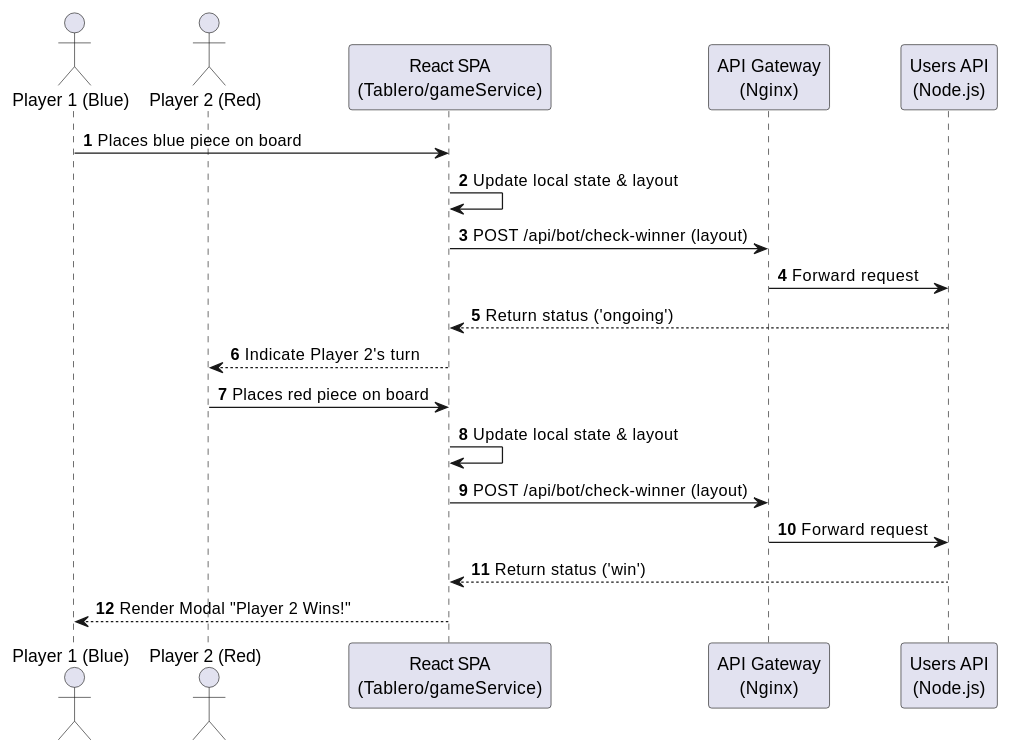
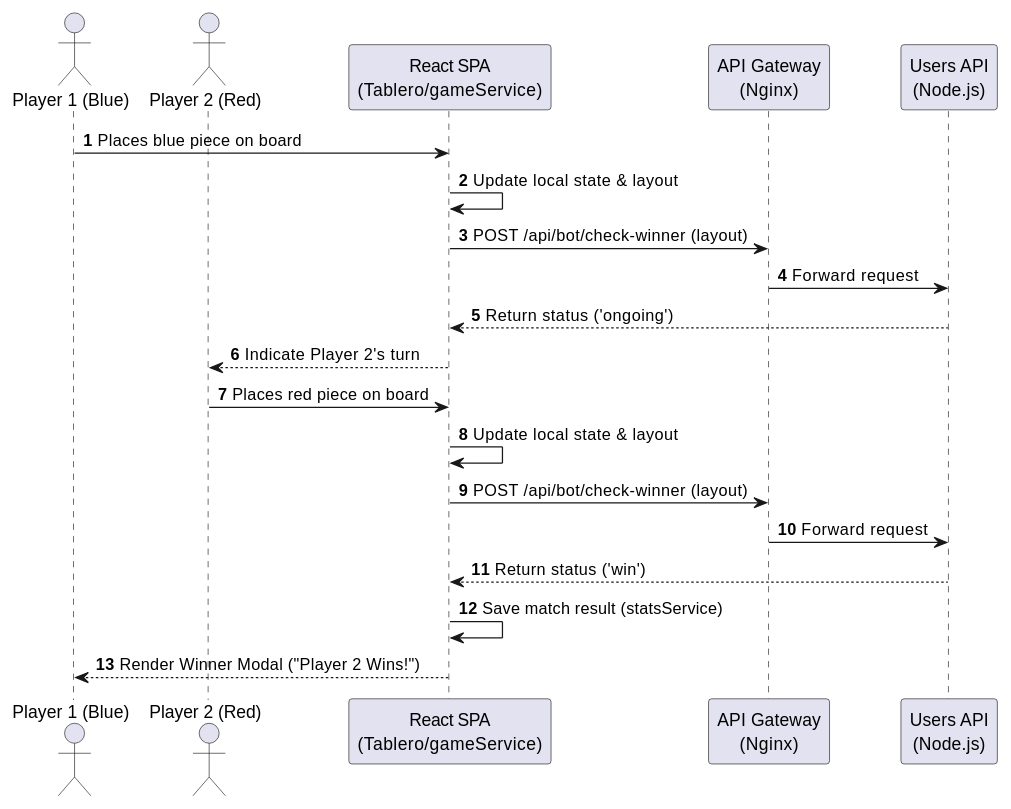
Before and after one commit to Arquisoft/yovi_es1a: the first of 5 diagrams in docs/src/06_runtime_view.adoc, drawn with PlantUML. The commit also changed other lines of this file, not shown here.

```diff
--- a/docs/src/06_runtime_view.adoc
+++ b/docs/src/06_runtime_view.adoc
@@ -20,28 +20,29 @@
 [plantuml]
 ----
 @startuml
 autonumber
 actor "Player 1 (Blue)" as P1
 actor "Player 2 (Red)" as P2
 participant "React SPA\n(Tablero/gameService)" as WebApp
 participant "API Gateway\n(Nginx)" as Gateway
 participant "Users API\n(Node.js)" as UsersService
 
 P1 -> WebApp: Places blue piece on board
 WebApp -> WebApp: Update local state & layout
 
 WebApp -> Gateway: POST /api/bot/check-winner (layout)
 Gateway -> UsersService: Forward request
 UsersService --> WebApp: Return status ('ongoing')
 WebApp --> P2: Indicate Player 2's turn
 
 P2 -> WebApp: Places red piece on board
 WebApp -> WebApp: Update local state & layout
 
 WebApp -> Gateway: POST /api/bot/check-winner (layout)
 Gateway -> UsersService: Forward request
 UsersService --> WebApp: Return status ('win')
 
-WebApp --> P1: Render Modal "Player 2 Wins!"
+WebApp -> WebApp: Save match result (statsService)
+WebApp --> P1: Render Winner Modal ("Player 2 Wins!")
 @enduml
 ----
```
